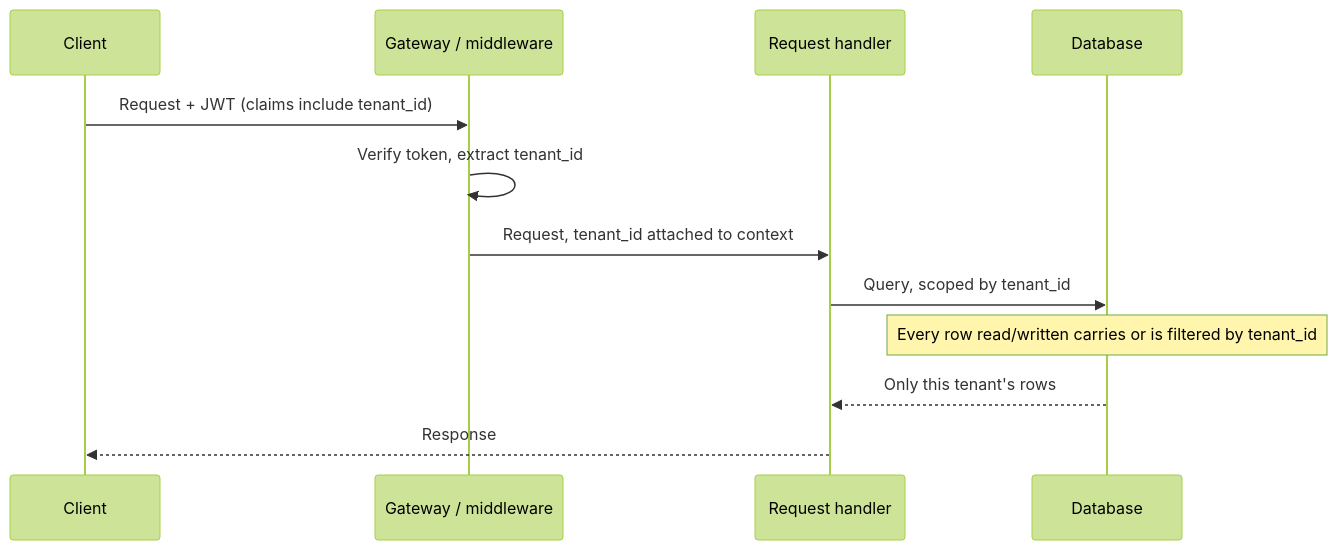
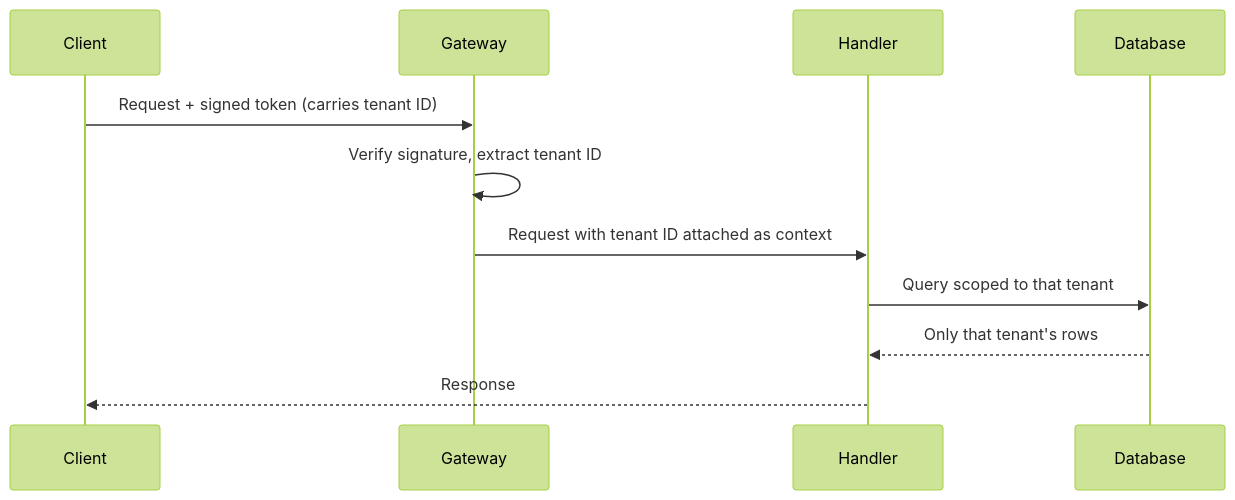
Before and after one commit to francoandreDev/knowledge: the first of 2 diagrams in src/content/architecture/multi-tenant-architecture/L2-concept.mdx, drawn with Mermaid (forest theme). The commit also changed other lines of this file and 18 other files, not shown here.

Commit message:
Migrate architecture batch 3 (tech-radar, platform-engineering, multi-tenant-architecture, reference-architectures) to the three-tier exercise model

````diff
--- a/src/content/architecture/multi-tenant-architecture/L2-concept.mdx
+++ b/src/content/architecture/multi-tenant-architecture/L2-concept.mdx
@@ -24,15 +32,14 @@
 ```mermaid
 sequenceDiagram
     participant C as Client
-    participant GW as Gateway / middleware
-    participant H as Request handler
+    participant GW as Gateway
+    participant H as Handler
     participant DB as Database
 
-    C->>GW: Request + JWT (claims include tenant_id)
-    GW->>GW: Verify token, extract tenant_id
-    GW->>H: Request, tenant_id attached to context
-    H->>DB: Query, scoped by tenant_id
-    Note over DB: Every row read/written carries or is filtered by tenant_id
-    DB-->>H: Only this tenant's rows
+    C->>GW: Request + signed token (carries tenant ID)
+    GW->>GW: Verify signature, extract tenant ID
+    GW->>H: Request with tenant ID attached as context
+    H->>DB: Query scoped to that tenant
+    DB-->>H: Only that tenant's rows
     H-->>C: Response
 ```
````
